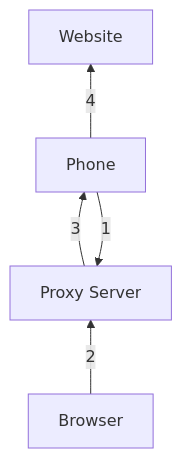
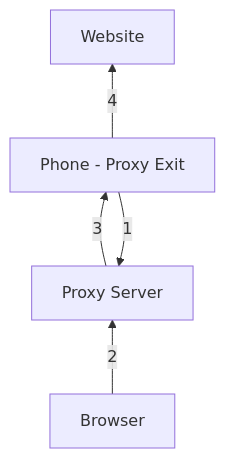
Before and after one commit to vgaj/proxy: the diagram in README.md, drawn with Mermaid. The commit also changed other lines of this file, not shown here.

````diff
--- a/README.md
+++ b/README.md
@@ -18,7 +18,7 @@
 ```mermaid
 flowchart BT
     B[Browser] -- 2 --> P[Proxy Server]
-    M[Phone] -- 1 --> P
+    M[Phone - Proxy Exit] -- 1 --> P
     P -- 3 --> M
     M -- 4 --> W[Website]
 ```
````
